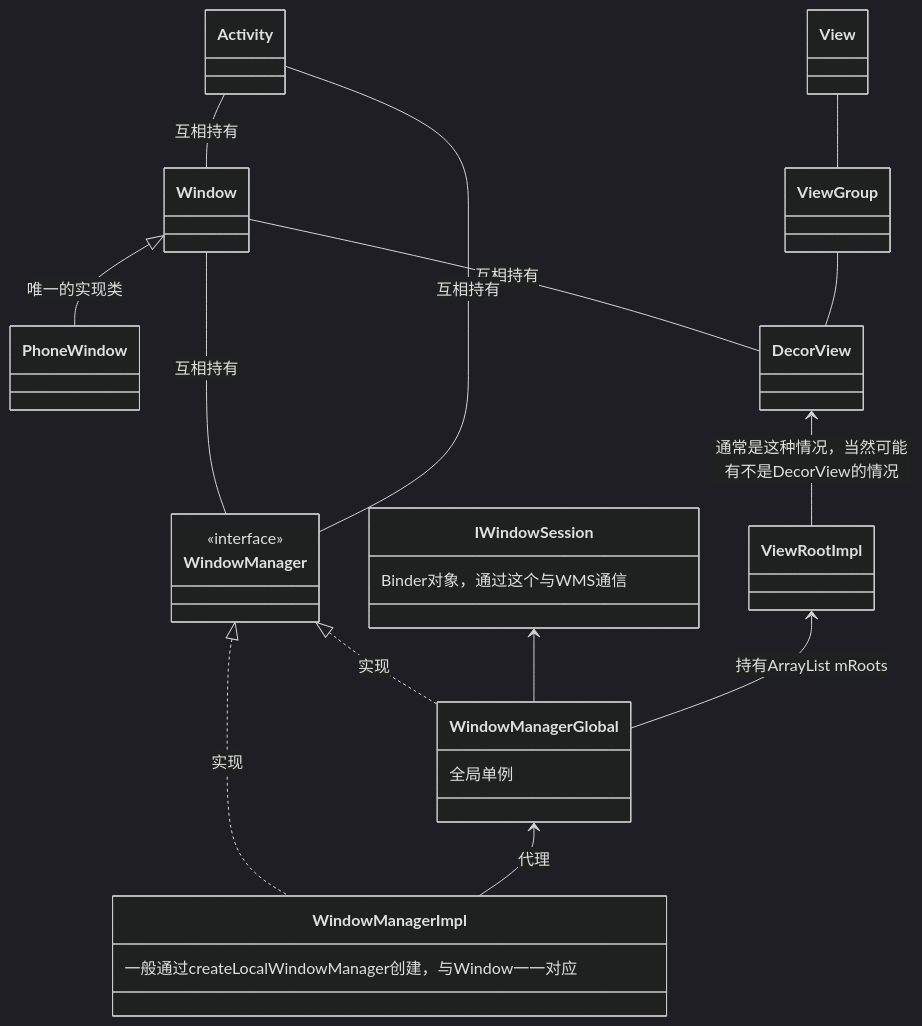
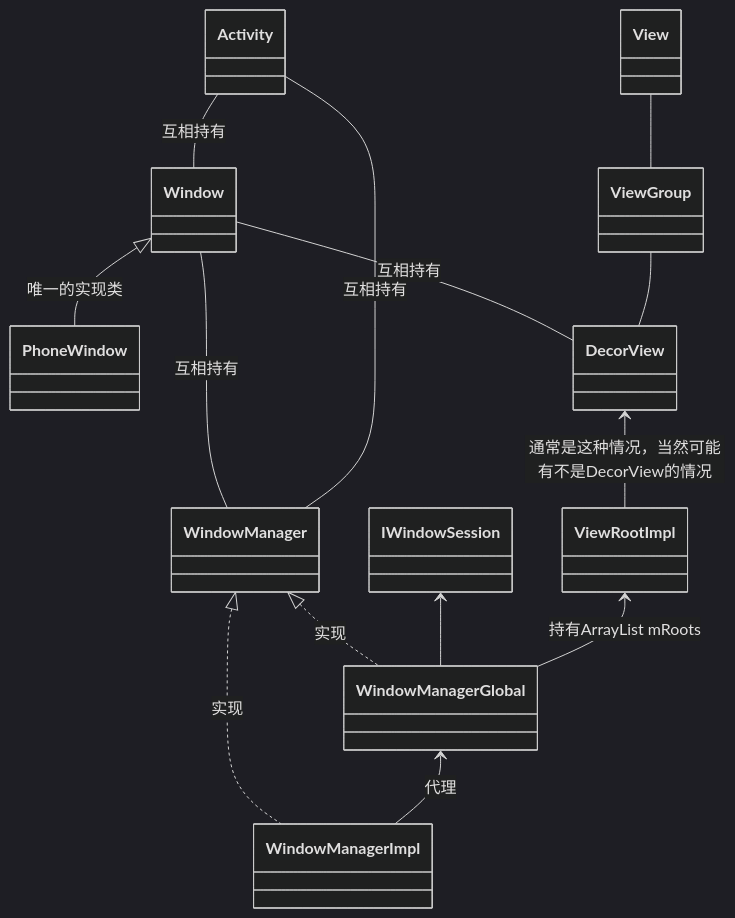
Before and after one commit to sweetwong/Android-Interview-QA: the diagram in 源码/Activity的显示原理？.md, drawn with Mermaid (dark theme).

````diff
--- a/源码/Activity的显示原理？.md
+++ b/源码/Activity的显示原理？.md
@@ -23,32 +23,16 @@
 ```mermaid
 classDiagram
 WindowManager <|.. WindowManagerImpl : 实现
 WindowManager <|.. WindowManagerGlobal : 实现
 WindowManagerGlobal <-- WindowManagerImpl : 代理
 IWindowSession <-- WindowManagerGlobal
 Window -- WindowManager : 互相持有
 Window <|-- PhoneWindow: 唯一的实现类
 Window -- DecorView : 互相持有
 Activity -- Window : 互相持有
 Activity -- WindowManager : 互相持有
 ViewRootImpl <-- WindowManagerGlobal : 持有ArrayList<ViewRootImpl> mRoots
 DecorView <-- ViewRootImpl : 通常是这种情况，当然可能有不是DecorView的情况
 ViewGroup -- DecorView
 View -- ViewGroup
-
-class WindowManager {
-<<interface>>
-}
-
-class WindowManagerImpl {
-一般通过createLocalWindowManager创建，与Window一一对应
-}
-
-class WindowManagerGlobal {
-全局单例
-}
-
-class IWindowSession {
-Binder对象，通过这个与WMS通信
-}
 ```
````
